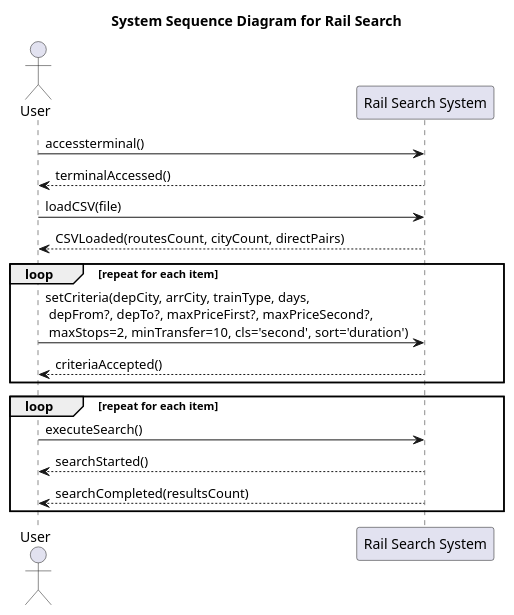
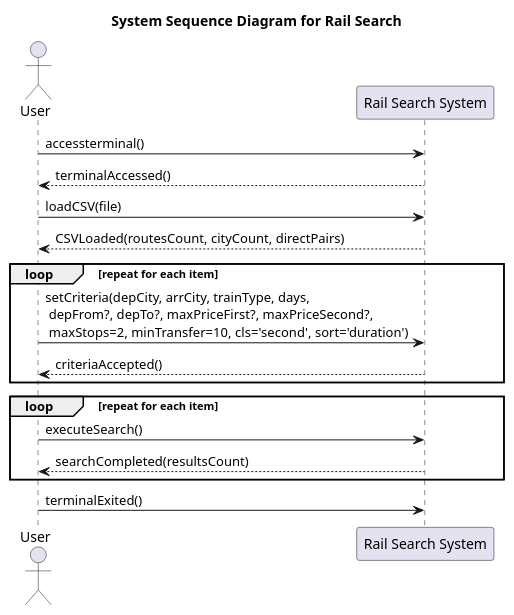
The diagram in Phase1/docs/PlantUMLCode/systemSequence.puml (nicolas-zampieri/SOEN342), drawn with PlantUML before and after one commit.

Commit message:
Update system sequence diagram to reflect search process and terminal exit flow

```diff
--- a/Phase1/docs/PlantUMLCode/systemSequence.puml
+++ b/Phase1/docs/PlantUMLCode/systemSequence.puml
@@ -1,25 +1,25 @@
 @startuml SystemSequenceDiagram
 title System Sequence Diagram for Rail Search
 
 actor User as U
 participant "Rail Search System" as System
 
 U -> System : accessterminal()
 System --> U : terminalAccessed()
 U -> System : loadCSV(file)
 System --> U : CSVLoaded(routesCount, cityCount, directPairs)
 
 loop repeat for each item
     U -> System : setCriteria(depCity, arrCity, trainType, days,\n depFrom?, depTo?, maxPriceFirst?, maxPriceSecond?,\n maxStops=2, minTransfer=10, cls='second', sort='duration')
     System --> U : criteriaAccepted()
 end
 
 loop repeat for each item
     U -> System : executeSearch()
-    System --> U : searchStarted()
     System --> U : searchCompleted(resultsCount)
 end
 
+U -> System : terminalExited()
 
 
 @enduml
```
